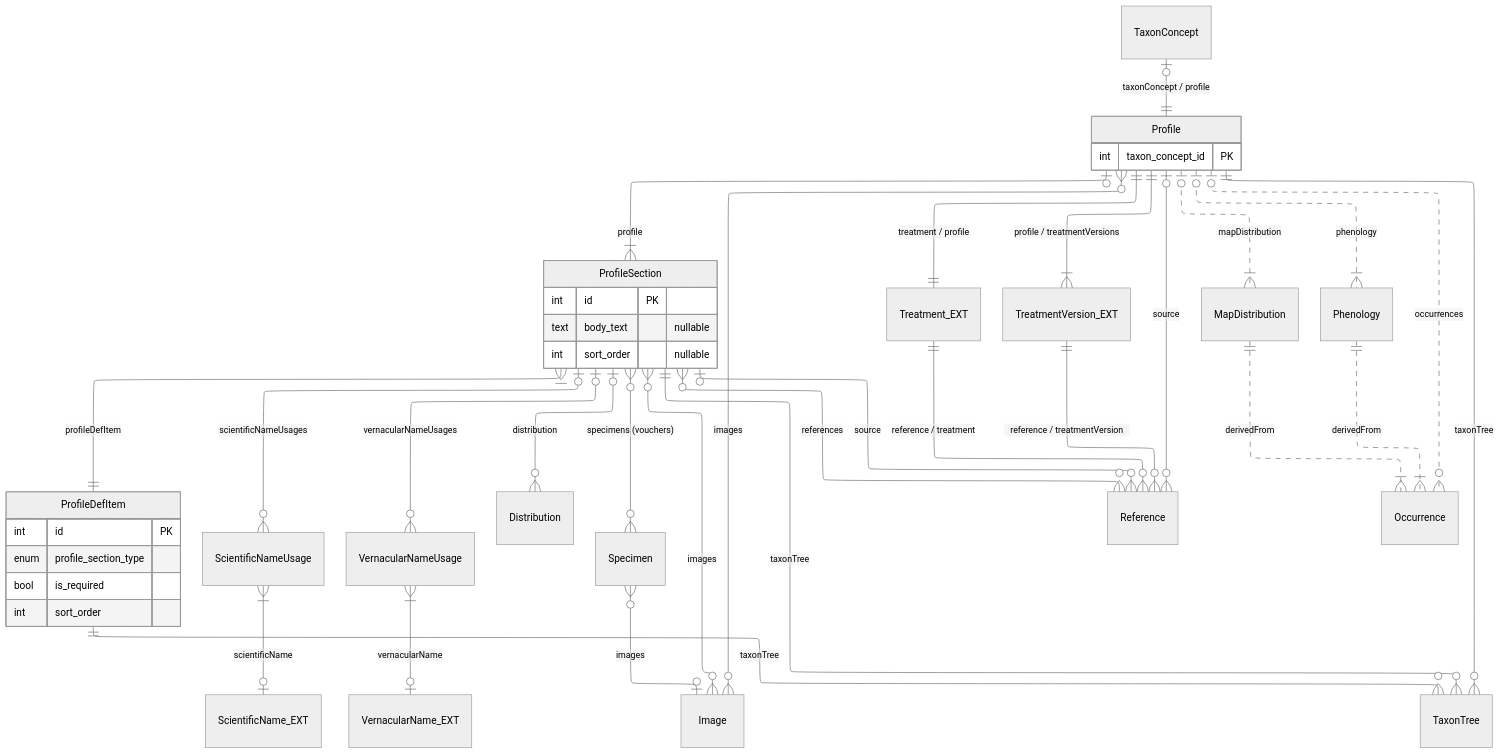
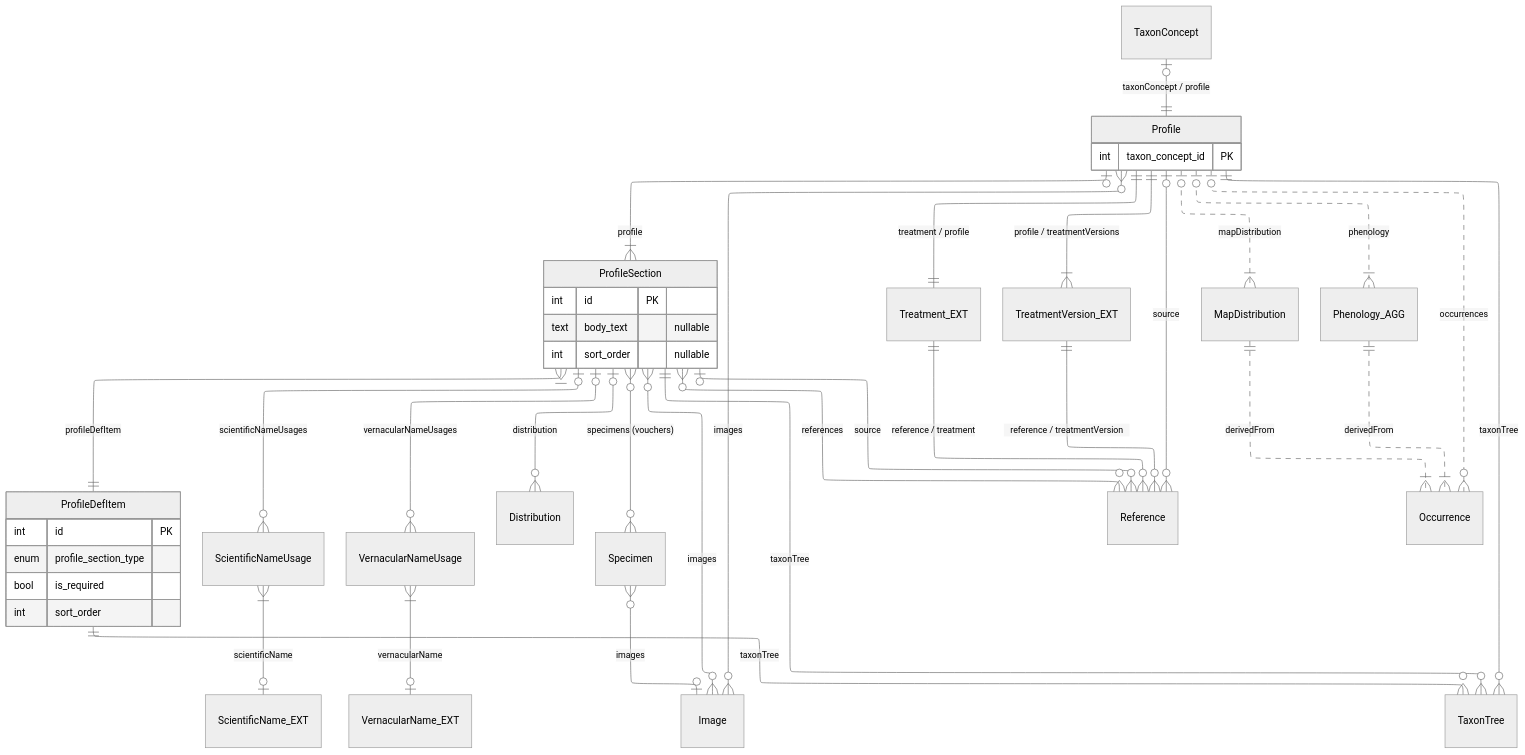
Before and after one commit to vicflora/vicflora-docs: the diagram in source/_mermaid/layer-5a-profile.mmd, drawn with Mermaid (neutral theme).

Commit message:
Commit uncommitted  changes before deployment

```diff
--- a/source/_mermaid/layer-5a-profile.mmd
+++ b/source/_mermaid/layer-5a-profile.mmd
@@ -1,67 +1,67 @@
 ---
 config:
     layout: elk
 ---
 erDiagram
   TaxonConcept |o--|| Profile : "taxonConcept / profile"
 
   %% Sections
   Profile |o--|{ ProfileSection : "profile"
   ProfileSection }|--|| ProfileDefItem : "profileDefItem"
 
   %% Nomenclature
   ProfileSection |o--o{ ScientificNameUsage : "scientificNameUsages"
   ScientificNameUsage }|--o| ScientificName_EXT : "scientificName"
 
   %% Vernacular names
   ProfileSection |o--o{ VernacularNameUsage : "vernacularNameUsages"
   VernacularNameUsage }|--o| VernacularName_EXT : "vernacularName"
 
   %% Distribution
   ProfileSection |o--o{ Distribution : "distribution"
 
   %% Vouchers
   ProfileSection }o--o{ Specimen : "specimens (vouchers)"
   Specimen }o--o| Image : "images"
 
   %% Media
   Profile }o--o{ Image : "images"
   ProfileSection }o--o{ Image : "images"
 
   %% References
   ProfileSection |o--o{ Reference : "source"
   Profile ||--|| Treatment_EXT : "treatment / profile"
   Treatment_EXT ||--o{ Reference : "reference / treatment" 
   Profile ||--|{ TreatmentVersion_EXT : "profile / treatmentVersions"
   TreatmentVersion_EXT ||--o{ Reference : "reference / treatmentVersion"
   Profile |o--o{ Reference : "source"
   ProfileSection }o--o{ Reference : "references"
 
   %% Namespace
   Profile ||--o{ TaxonTree : "taxonTree"
   ProfileSection ||--o{ TaxonTree : "taxonTree"
   ProfileDefItem ||--o{ TaxonTree : "taxonTree"
 
   %% Maps
   Profile |o..o{ Occurrence : "occurrences"
   Profile |o..|{ MapDistribution : "mapDistribution"
-  Profile |o..|{ Phenology : "phenology"
+  Profile |o..|{ Phenology_AGG : "phenology"
   MapDistribution ||..|{ Occurrence : "derivedFrom"
-  Phenology ||..|{ Occurrence : "derivedFrom"
+  Phenology_AGG ||..|{ Occurrence : "derivedFrom"
 
   Profile {
     int taxon_concept_id PK
   }
 
   ProfileDefItem {
     int id PK
     enum profile_section_type
     bool is_required
     int sort_order
   }
 
   ProfileSection {
     int id PK
     text body_text "nullable"
     int sort_order "nullable"
   }
```
